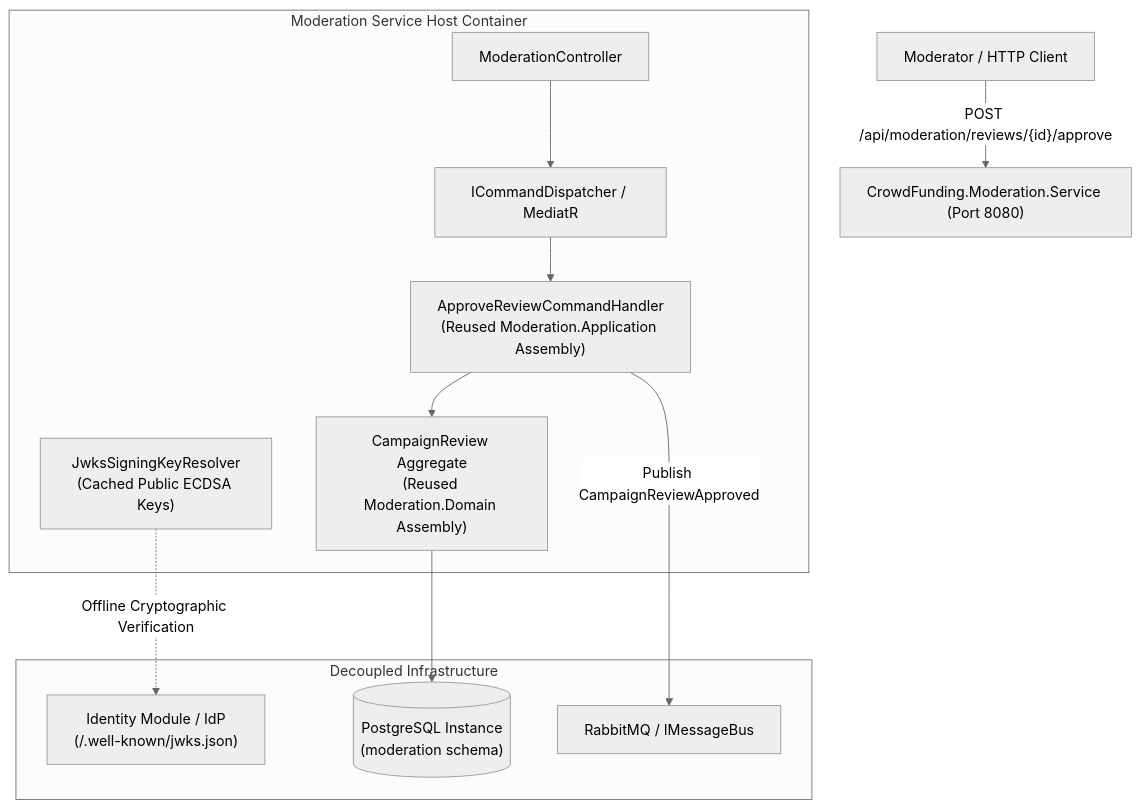
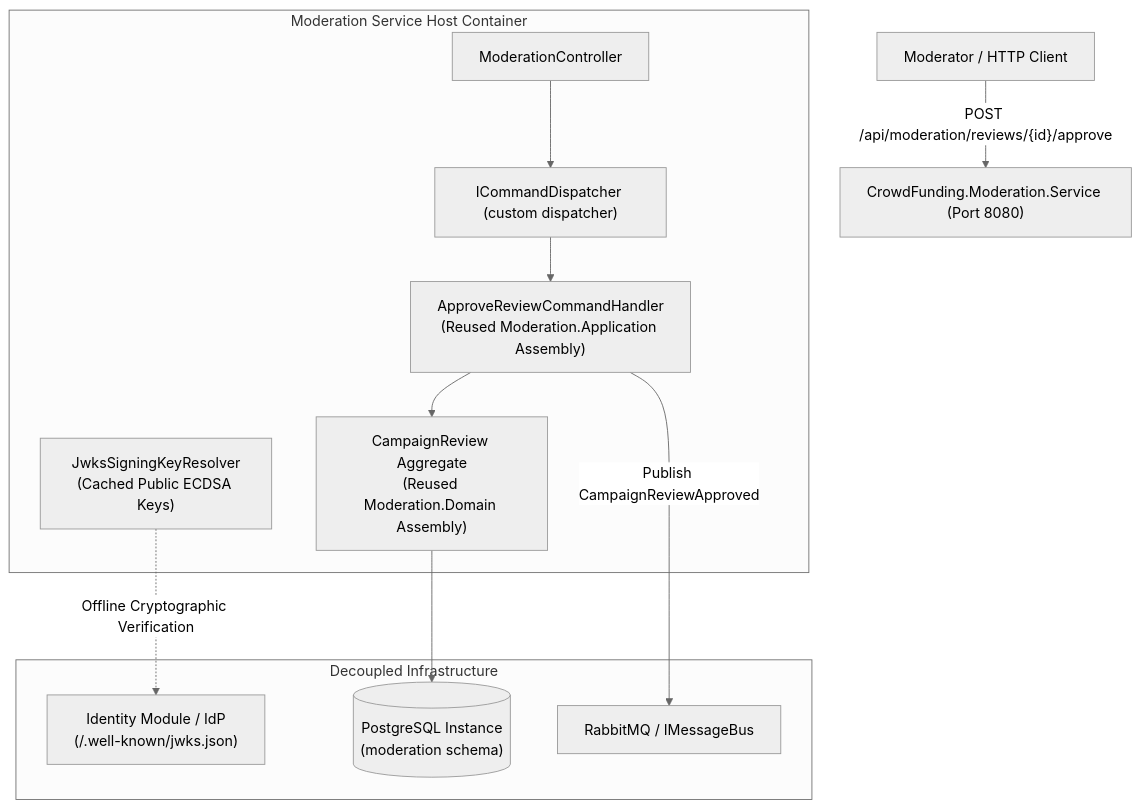
The diagram in services/CrowdFunding.Moderation.Service/README.md (maysamgamini/crowdfundinghub), drawn with Mermaid (neutral theme) before and after one commit. The commit also changed other lines of this file and 31 other files, not shown here.

````diff
--- a/services/CrowdFunding.Moderation.Service/README.md
+++ b/services/CrowdFunding.Moderation.Service/README.md
@@ -20,25 +20,25 @@
 ```mermaid
 graph TD
     Client["Moderator / HTTP Client"] -->|"POST /api/moderation/reviews/{id}/approve"| ModHost["CrowdFunding.Moderation.Service (Port 8080)"]
 
     subgraph ModHostContainer["Moderation Service Host Container"]
         Controller["ModerationController"]
-        Dispatcher["ICommandDispatcher / MediatR"]
+        Dispatcher["ICommandDispatcher (custom dispatcher)"]
         JWKSResolver["JwksSigningKeyResolver<br/>(Cached Public ECDSA Keys)"]
         Handlers["ApproveReviewCommandHandler<br/>(Reused Moderation.Application Assembly)"]
         DomainAgg["CampaignReview Aggregate<br/>(Reused Moderation.Domain Assembly)"]
     end
 
     subgraph DataAndSecurity["Decoupled Infrastructure"]
         IdProvider["Identity Module / IdP<br/>(/.well-known/jwks.json)"]
         PGMod[("PostgreSQL Instance<br/>(moderation schema)")]
         Broker["RabbitMQ / IMessageBus"]
     end
 
     JWKSResolver -. "Offline Cryptographic Verification" .-> IdProvider
     Controller --> Dispatcher
     Dispatcher --> Handlers
     Handlers --> DomainAgg
     DomainAgg --> PGMod
     Handlers -->|"Publish CampaignReviewApproved"| Broker
 ```
````
